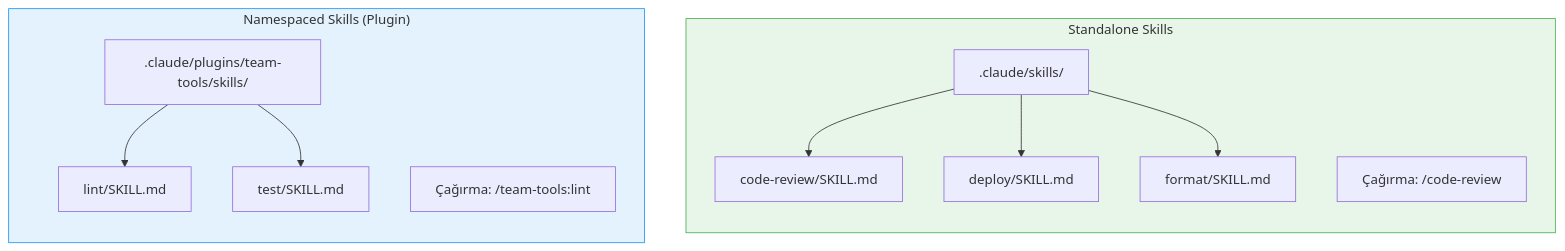
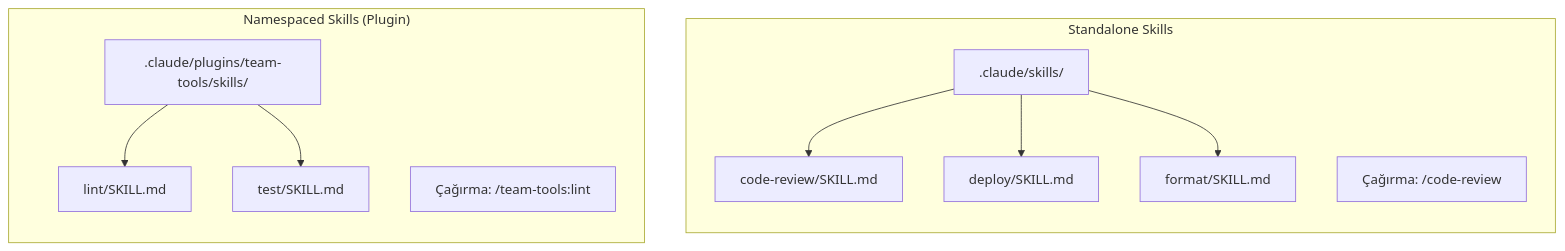
Before and after one commit to IzzetYasinAtes/ClaudeCodeHandbook: the fifth of 6 diagrams in 12-skills-ve-pluginler/01-skills-nedir.md, drawn with Mermaid. The commit also changed other lines of this file and 97 other files, not shown here.

Commit message:
Remove all custom Mermaid style/fill colors from 98 markdown files for consistent dark theme rendering

````diff
--- a/12-skills-ve-pluginler/01-skills-nedir.md
+++ b/12-skills-ve-pluginler/01-skills-nedir.md
@@ -187,20 +187,18 @@
 ```mermaid
 flowchart TD
     subgraph standalone ["Standalone Skills"]
         direction TB
         SA[".claude/skills/"] --> SA1["code-review/SKILL.md"]
         SA --> SA2["deploy/SKILL.md"]
         SA --> SA3["format/SKILL.md"]
         SA_CALL["Çağırma: /code-review"]
     end
 
     subgraph namespaced ["Namespaced Skills (Plugin)"]
         direction TB
         NS[".claude/plugins/team-tools/skills/"] --> NS1["lint/SKILL.md"]
         NS --> NS2["test/SKILL.md"]
         NS_CALL["Çağırma: /team-tools:lint"]
     end
 
-    style standalone fill:#e8f5e9,stroke:#4caf50
-    style namespaced fill:#e3f2fd,stroke:#2196f3
 ```
````
